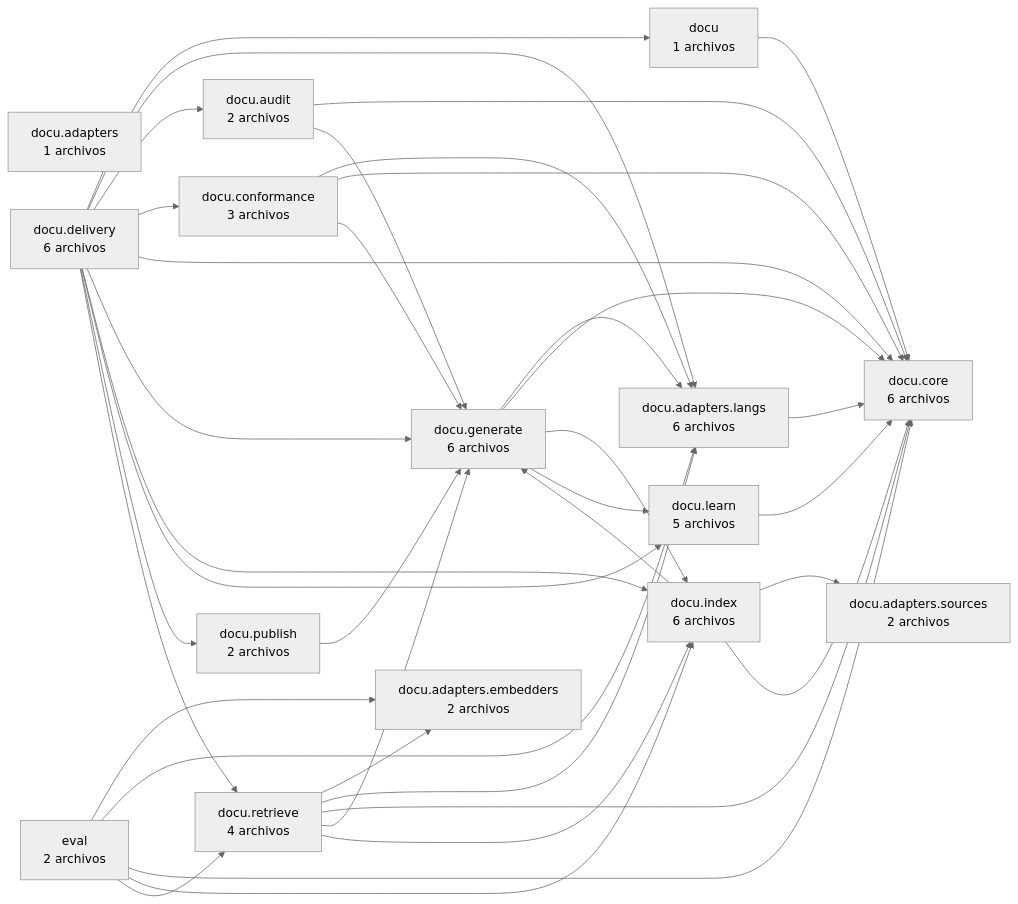
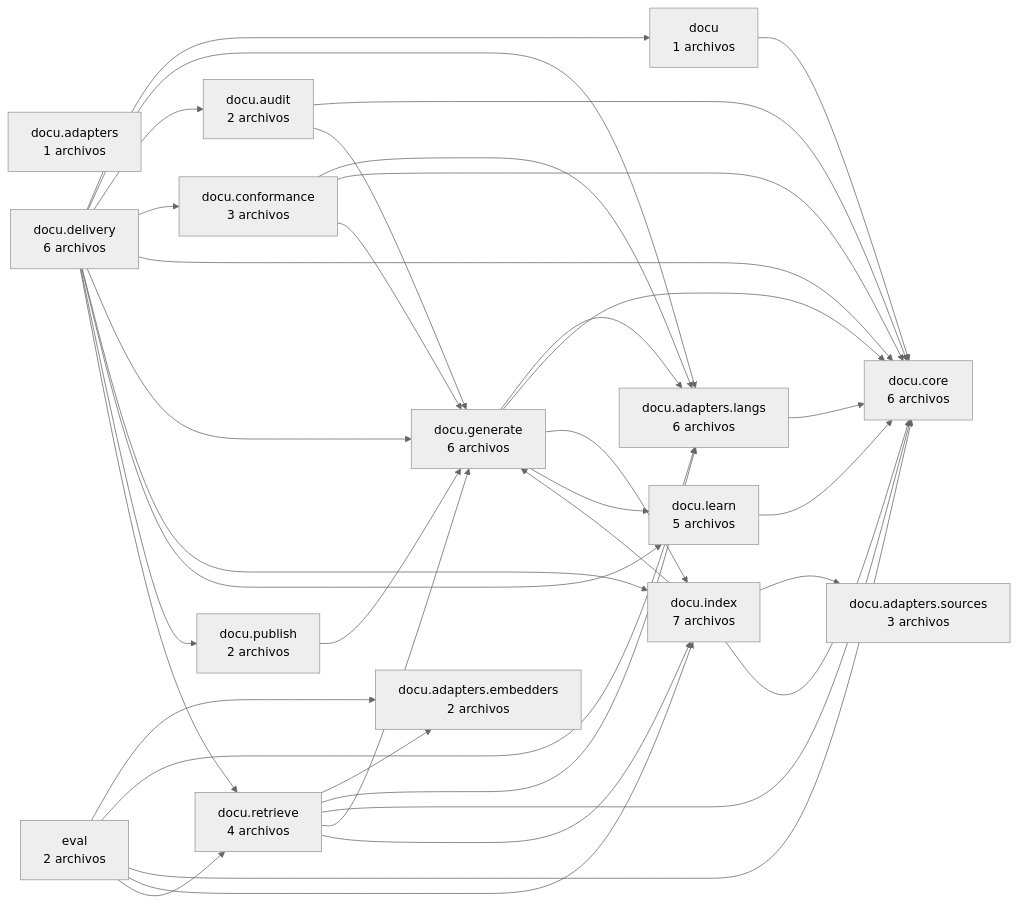
Before and after one commit to CharlyZeta/Docu: the first of 5 diagrams in docs/generated/l1-manual-tecnico.md, drawn with Mermaid (neutral theme). The commit also changed other lines of this file and 20 other files, not shown here.

````diff
--- a/docs/generated/l1-manual-tecnico.md
+++ b/docs/generated/l1-manual-tecnico.md
@@ -39,54 +39,54 @@
 ```mermaid
 flowchart LR
     docu["docu<br/>1 archivos"]
     docu_adapters["docu.adapters<br/>1 archivos"]
     docu_adapters_embedders["docu.adapters.embedders<br/>2 archivos"]
     docu_adapters_langs["docu.adapters.langs<br/>6 archivos"]
-    docu_adapters_sources["docu.adapters.sources<br/>2 archivos"]
+    docu_adapters_sources["docu.adapters.sources<br/>3 archivos"]
     docu_audit["docu.audit<br/>2 archivos"]
     docu_conformance["docu.conformance<br/>3 archivos"]
     docu_core["docu.core<br/>6 archivos"]
     docu_delivery["docu.delivery<br/>6 archivos"]
     docu_generate["docu.generate<br/>6 archivos"]
-    docu_index["docu.index<br/>6 archivos"]
+    docu_index["docu.index<br/>7 archivos"]
     docu_learn["docu.learn<br/>5 archivos"]
     docu_publish["docu.publish<br/>2 archivos"]
     docu_retrieve["docu.retrieve<br/>4 archivos"]
     eval["eval<br/>2 archivos"]
     docu --> docu_core
     docu_adapters_langs --> docu_core
     docu_audit --> docu_core
     docu_audit --> docu_generate
     docu_conformance --> docu_adapters_langs
     docu_conformance --> docu_core
     docu_conformance --> docu_generate
     docu_delivery --> docu
     docu_delivery --> docu_adapters_langs
     docu_delivery --> docu_audit
     docu_delivery --> docu_conformance
     docu_delivery --> docu_core
     docu_delivery --> docu_generate
     docu_delivery --> docu_index
     docu_delivery --> docu_learn
     docu_delivery --> docu_publish
     docu_delivery --> docu_retrieve
     docu_generate --> docu_adapters_langs
     docu_generate --> docu_core
     docu_generate --> docu_index
     docu_generate --> docu_learn
     docu_index --> docu_adapters_sources
     docu_index --> docu_core
     docu_index --> docu_generate
     docu_learn --> docu_core
     docu_publish --> docu_generate
     docu_retrieve --> docu_adapters_embedders
     docu_retrieve --> docu_adapters_langs
     docu_retrieve --> docu_core
     docu_retrieve --> docu_generate
     docu_retrieve --> docu_index
     eval --> docu_adapters_embedders
     eval --> docu_adapters_langs
     eval --> docu_core
     eval --> docu_index
     eval --> docu_retrieve
 ```
````
